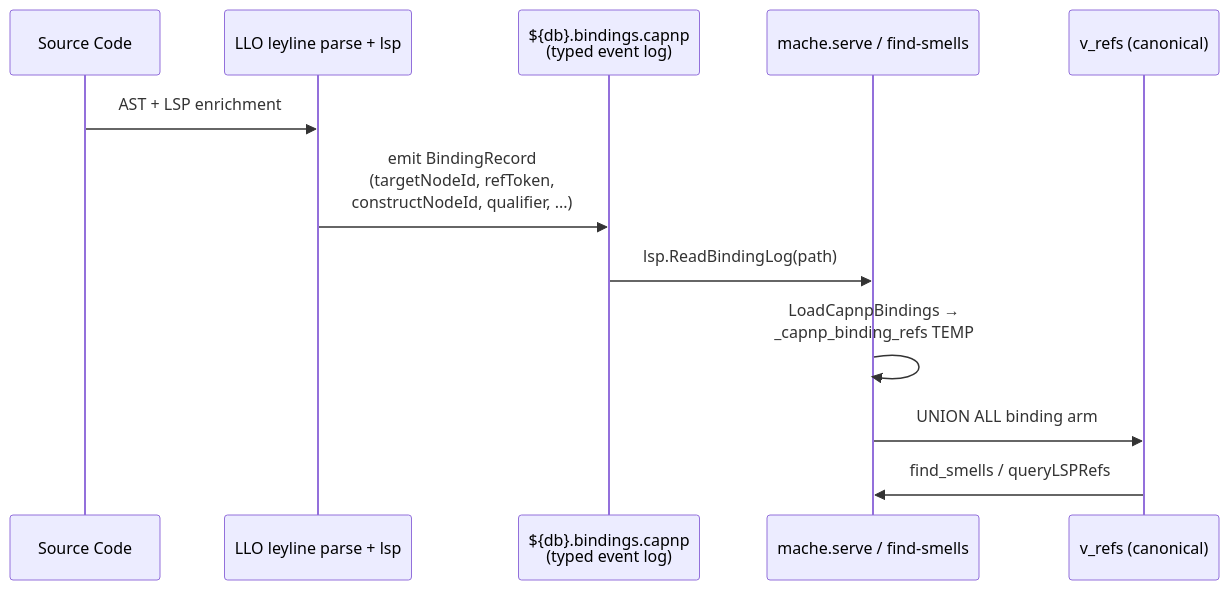
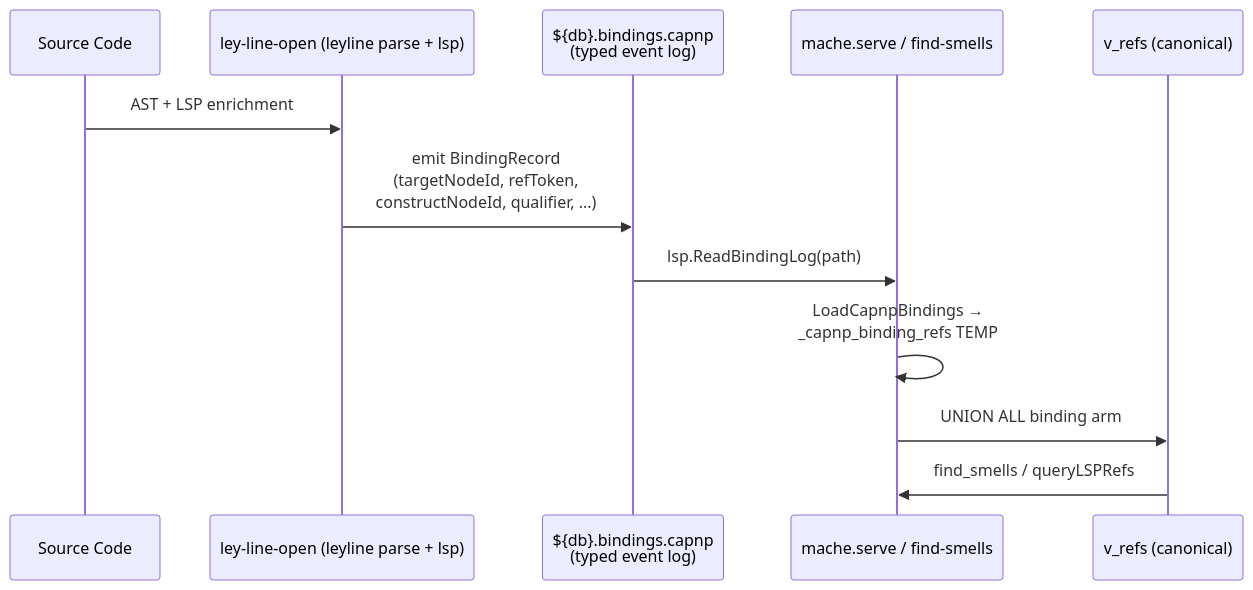
Before and after one commit to agentic-research/mache: the second of 2 diagrams in docs/ARCHITECTURE.md, drawn with Mermaid. The commit also changed other lines of this file and 7 other files, not shown here.

````diff
--- a/docs/ARCHITECTURE.md
+++ b/docs/ARCHITECTURE.md
@@ -129,15 +129,15 @@
 ```mermaid
 sequenceDiagram
     participant Source as Source Code
-    participant LLO as LLO leyline parse + lsp
+    participant Leyline as ley-line-open (leyline parse + lsp)
     participant Log as ${db}.bindings.capnp<br/>(typed event log)
     participant Mache as mache.serve / find-smells
     participant View as v_refs (canonical)
 
-    Source->>LLO: AST + LSP enrichment
-    LLO->>Log: emit BindingRecord<br/>(targetNodeId, refToken,<br/>constructNodeId, qualifier, ...)
+    Source->>Leyline: AST + LSP enrichment
+    Leyline->>Log: emit BindingRecord<br/>(targetNodeId, refToken,<br/>constructNodeId, qualifier, ...)
     Log->>Mache: lsp.ReadBindingLog(path)
     Mache->>Mache: LoadCapnpBindings →<br/>_capnp_binding_refs TEMP
     Mache->>View: UNION ALL binding arm
     View->>Mache: find_smells / queryLSPRefs
 ```
````
